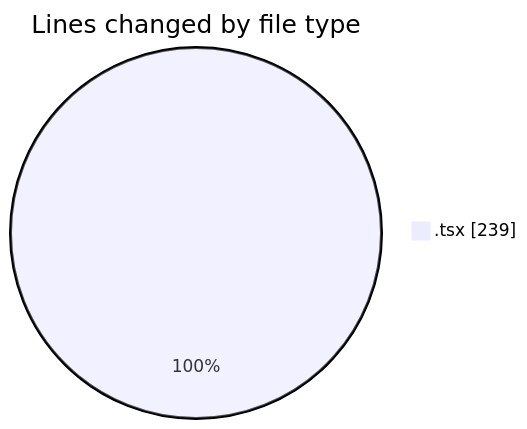
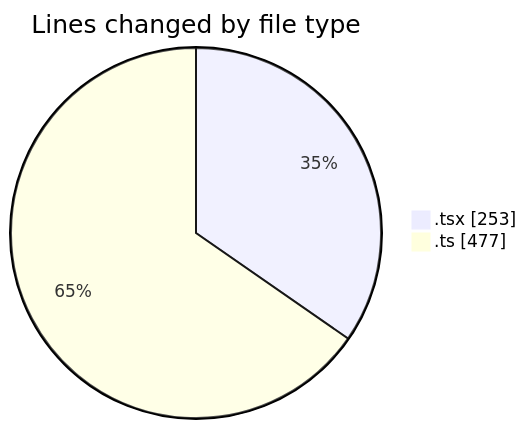
One commit to nxtqubesakshisongat/code-tracking changed the first of 2 diagrams in 2026-02-26/nxtqube_webapp/README.md. Above: the diagram before and after it, drawn with Mermaid. The commit also changed other lines of this file and 1 other file, not shown here.

````diff
--- a/2026-02-26/nxtqube_webapp/README.md
+++ b/2026-02-26/nxtqube_webapp/README.md
@@ -21,5 +22,6 @@
 ```mermaid
 pie showData
 title Lines changed by file type
-".tsx" : 239
+".tsx" : 253
+".ts" : 477
 ```
````
